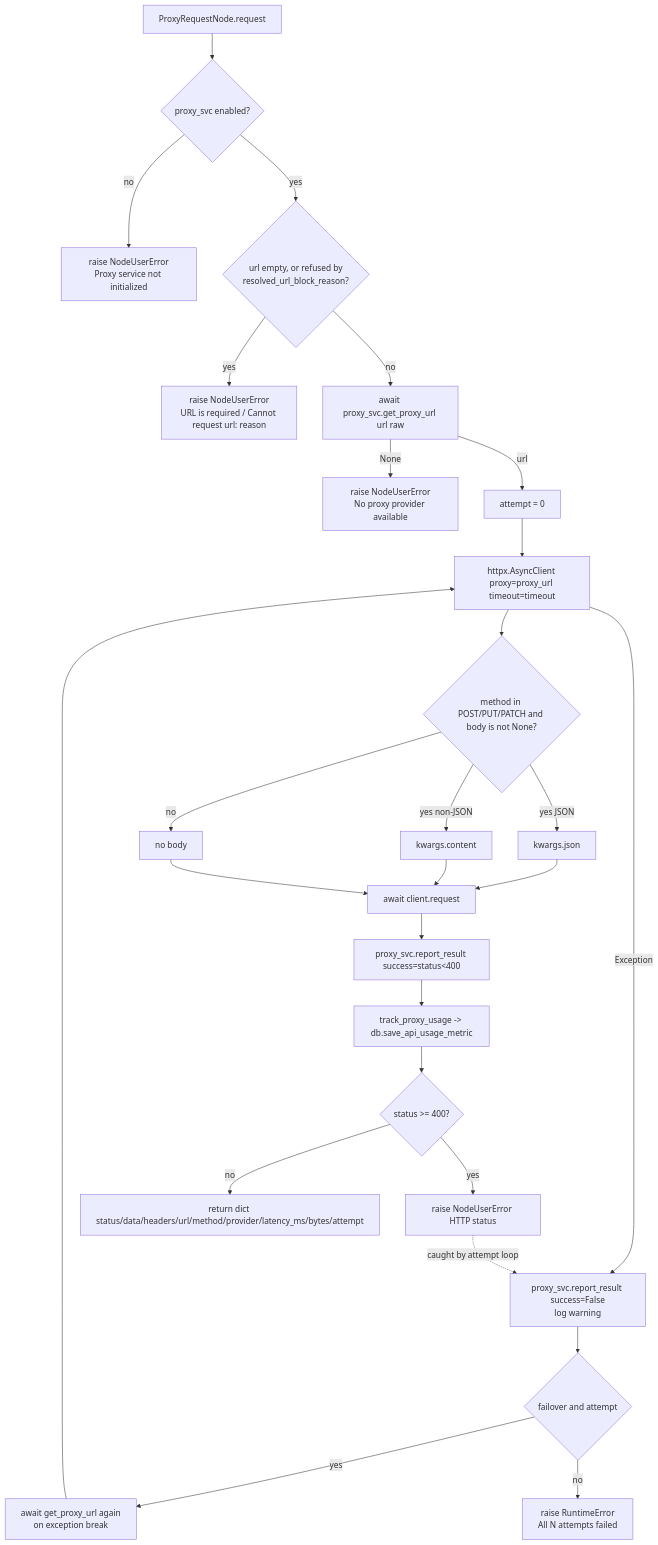
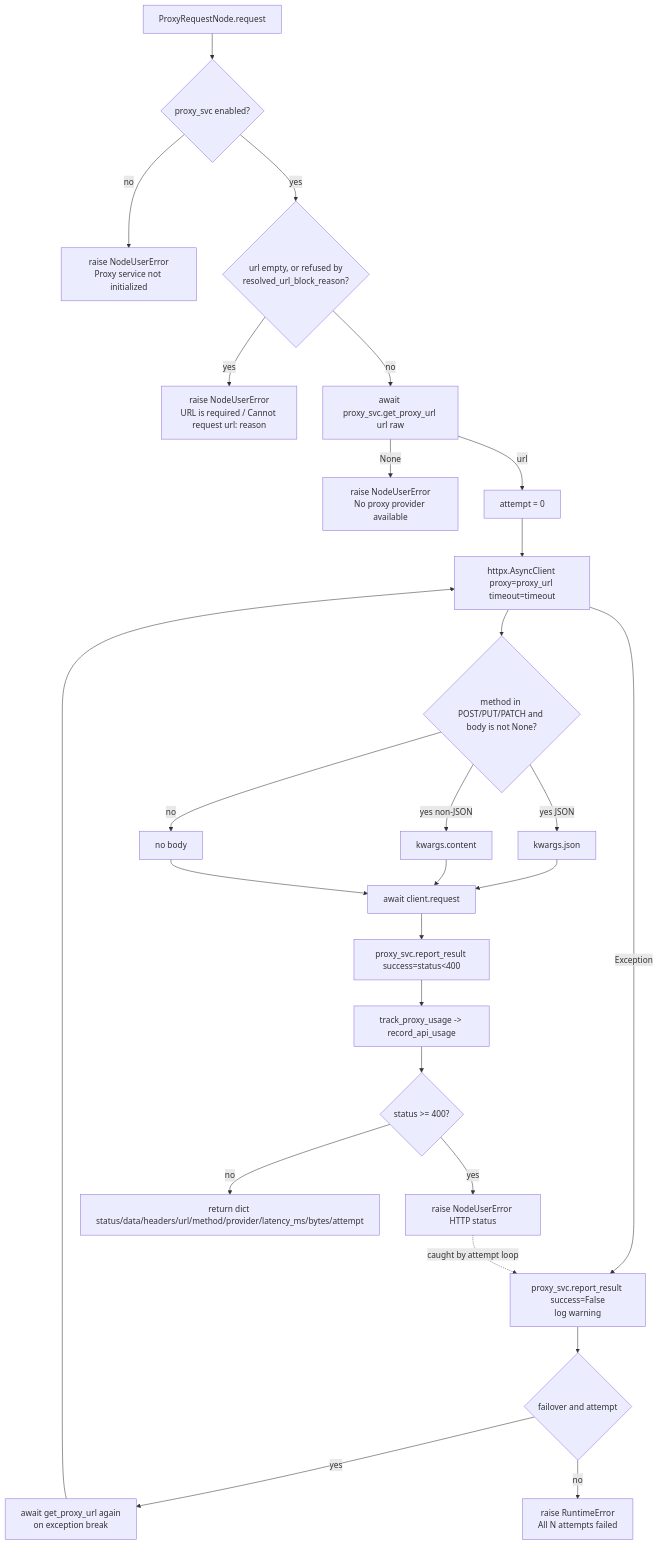
The diagram in docs-internal/node-logic-flows/http_proxy/proxyRequest.md (zeenie-ai/OpenCompany), drawn with Mermaid before and after one commit. The commit also changed other lines of this file and 41 other files, not shown here.

First line of the commit message:
refactor(usage): one recorder books every paid API call

````diff
--- a/docs-internal/node-logic-flows/http_proxy/proxyRequest.md
+++ b/docs-internal/node-logic-flows/http_proxy/proxyRequest.md
@@ -71,29 +71,29 @@
 ```mermaid
 flowchart TD
   A[ProxyRequestNode.request] --> B{proxy_svc enabled?}
   B -- no --> Edis[raise NodeUserError<br/>Proxy service not initialized]
   B -- yes --> P{url empty, or refused by<br/>resolved_url_block_reason?}
   P -- yes --> Epol[raise NodeUserError<br/>URL is required / Cannot request url: reason]
   P -- no --> F[await proxy_svc.get_proxy_url url raw]
   F -- None --> Enop[raise NodeUserError<br/>No proxy provider available]
   F -- url --> G[attempt = 0]
   G --> H[httpx.AsyncClient proxy=proxy_url timeout=timeout]
   H --> I{method in POST/PUT/PATCH and body is not None?}
   I -- yes JSON --> J[kwargs.json]
   I -- yes non-JSON --> J2[kwargs.content]
   I -- no --> J3[no body]
   J --> K[await client.request]
   J2 --> K
   J3 --> K
   K --> L[proxy_svc.report_result success=status<400]
-  L --> M[track_proxy_usage -> db.save_api_usage_metric]
+  L --> M[track_proxy_usage -> record_api_usage]
   M --> Lq{status >= 400?}
   Lq -- yes --> Lerr[raise NodeUserError HTTP status]
   Lq -- no --> N[return dict status/data/headers/url/method/provider/latency_ms/bytes/attempt]
   H -- Exception --> R[proxy_svc.report_result success=False<br/>log warning]
   Lerr -. caught by attempt loop .-> R
   R --> S{failover and attempt<max_retries?}
   S -- yes --> T[await get_proxy_url again<br/>on exception break]
   T --> H
   S -- no --> U[raise RuntimeError<br/>All N attempts failed]
 ```
````
